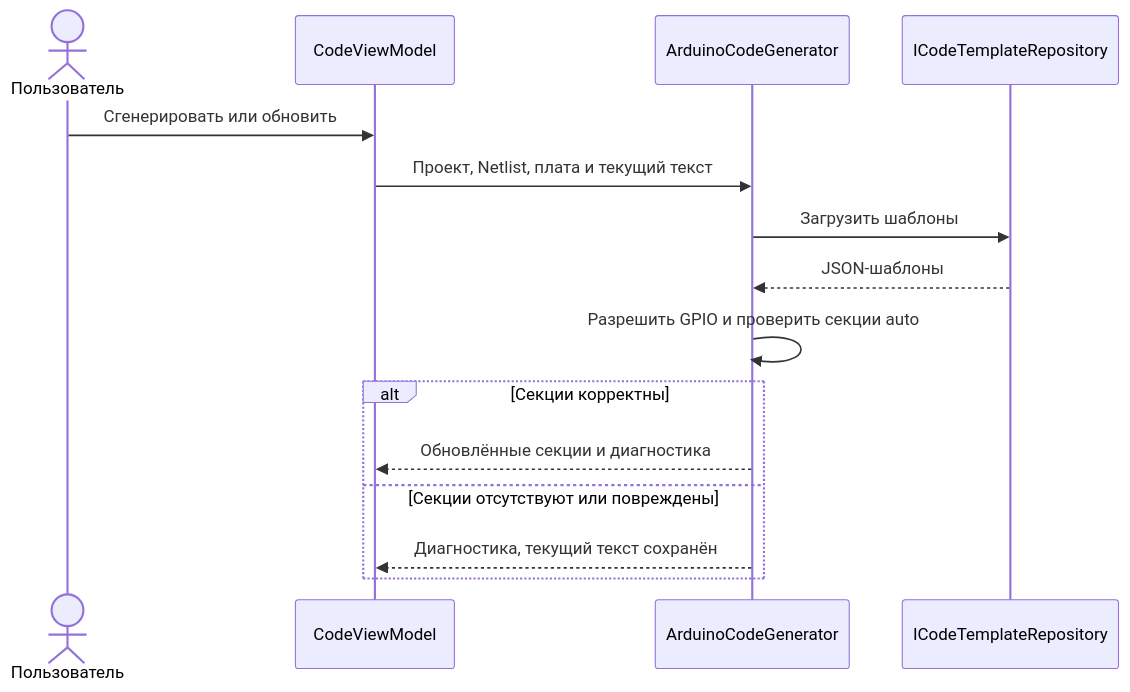
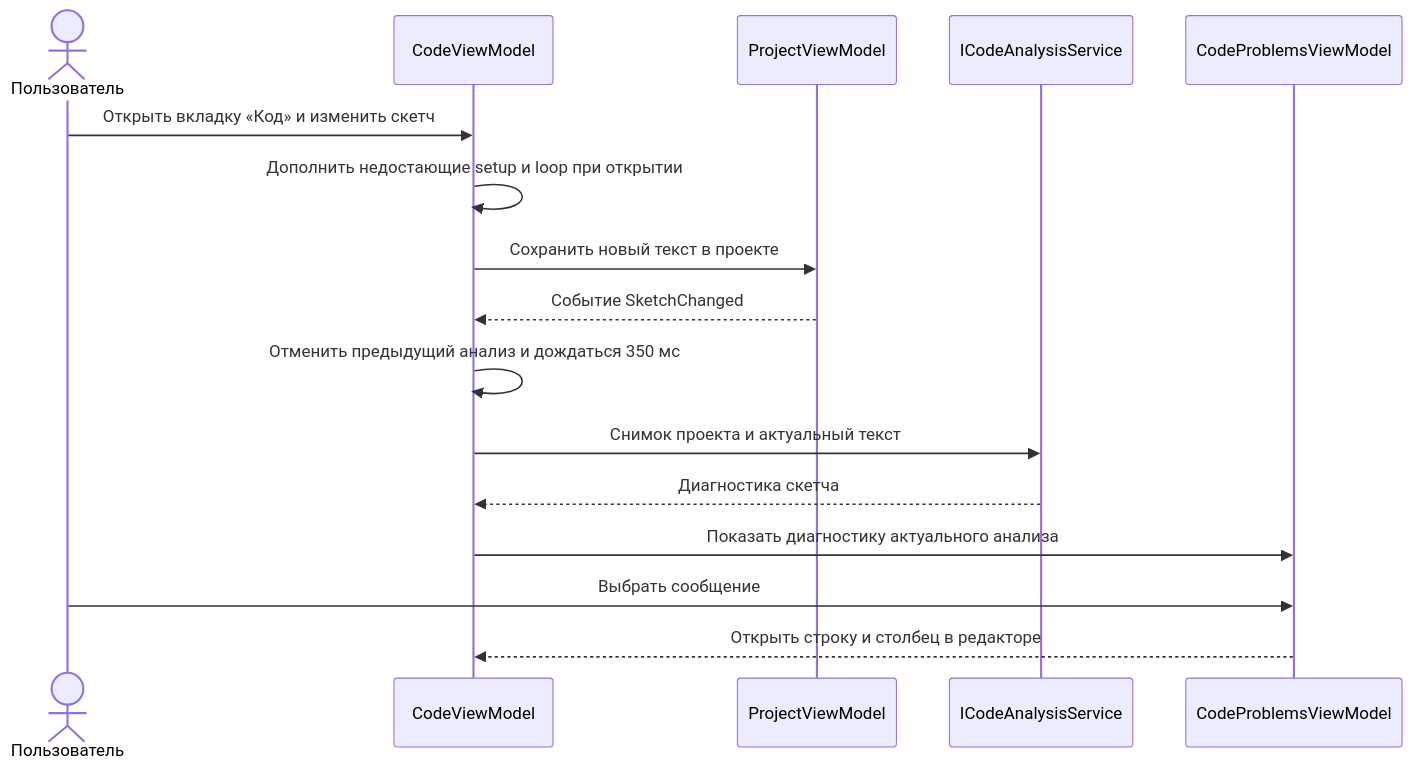
Before and after one commit to Ismail-DEV-dg/3D-physical-Technical-constructor: the diagram in docs/uml/sequence-sketch.mmd, drawn with Mermaid. The commit also changed 119 other files, not shown here.

Commit message:
Обновить руководство, галерею и UML для Circuit Editor 1.0.0

```diff
--- a/docs/uml/sequence-sketch.mmd
+++ b/docs/uml/sequence-sketch.mmd
@@ -1,15 +1,16 @@
 sequenceDiagram
     actor User as Пользователь
     participant V as CodeViewModel
-    participant G as ArduinoCodeGenerator
-    participant T as ICodeTemplateRepository
-    User->>V: Сгенерировать или обновить
-    V->>G: Проект, Netlist, плата и текущий текст
-    G->>T: Загрузить шаблоны
-    T-->>G: JSON-шаблоны
-    G->>G: Разрешить GPIO и проверить секции auto
-    alt Секции корректны
-        G-->>V: Обновлённые секции и диагностика
-    else Секции отсутствуют или повреждены
-        G-->>V: Диагностика, текущий текст сохранён
-    end
+    participant P as ProjectViewModel
+    participant A as ICodeAnalysisService
+    participant D as CodeProblemsViewModel
+    User->>V: Открыть вкладку «Код» и изменить скетч
+    V->>V: Дополнить недостающие setup и loop при открытии
+    V->>P: Сохранить новый текст в проекте
+    P-->>V: Событие SketchChanged
+    V->>V: Отменить предыдущий анализ и дождаться 350 мс
+    V->>A: Снимок проекта и актуальный текст
+    A-->>V: Диагностика скетча
+    V->>D: Показать диагностику актуального анализа
+    User->>D: Выбрать сообщение
+    D-->>V: Открыть строку и столбец в редакторе
```
